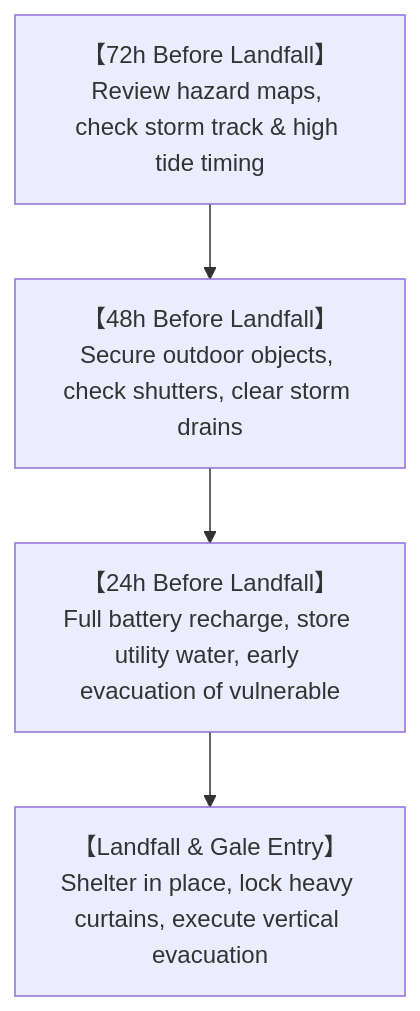
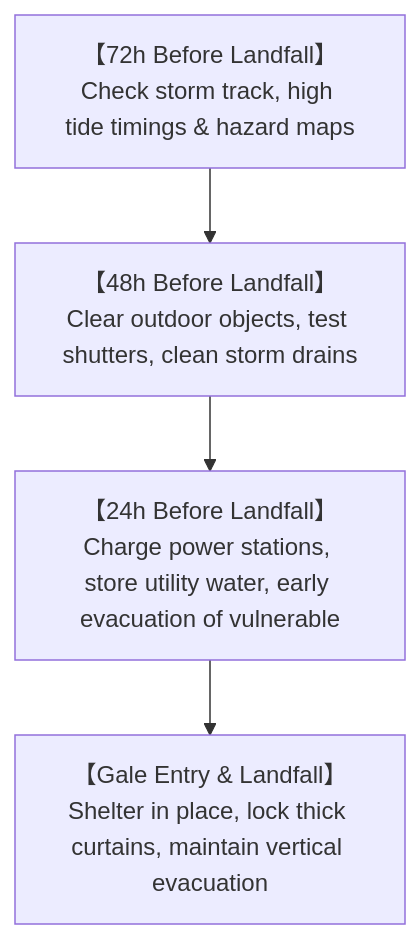
The tenth of 11 diagrams in content/post/typhoon-meteorology-mechanisms-historic-disasters-guide/index.en.md (kenjinote/blog), drawn with Mermaid before and after one commit. The commit also changed other lines of this file and 11 other files, not shown here.

````diff
--- a/content/post/typhoon-meteorology-mechanisms-historic-disasters-guide/index.en.md
+++ b/content/post/typhoon-meteorology-mechanisms-historic-disasters-guide/index.en.md
@@ -223,6 +306,6 @@
 ```mermaid
 flowchart TD
-    T72["【72h Before Landfall】<br/>Review hazard maps, check storm track & high tide timing"] --> T48["【48h Before Landfall】<br/>Secure outdoor objects, check shutters, clear storm drains"]
-    T48 --> T24["【24h Before Landfall】<br/>Full battery recharge, store utility water, early evacuation of vulnerable"]
-    T24 --> T0["【Landfall & Gale Entry】<br/>Shelter in place, lock heavy curtains, execute vertical evacuation"]
+    T72["【72h Before Landfall】<br/>Check storm track, high tide timings & hazard maps"] --> T48["【48h Before Landfall】<br/>Clear outdoor objects, test shutters, clean storm drains"]
+    T48 --> T24["【24h Before Landfall】<br/>Charge power stations, store utility water, early evacuation of vulnerable"]
+    T24 --> T0["【Gale Entry & Landfall】<br/>Shelter in place, lock thick curtains, maintain vertical evacuation"]
 ```
````
